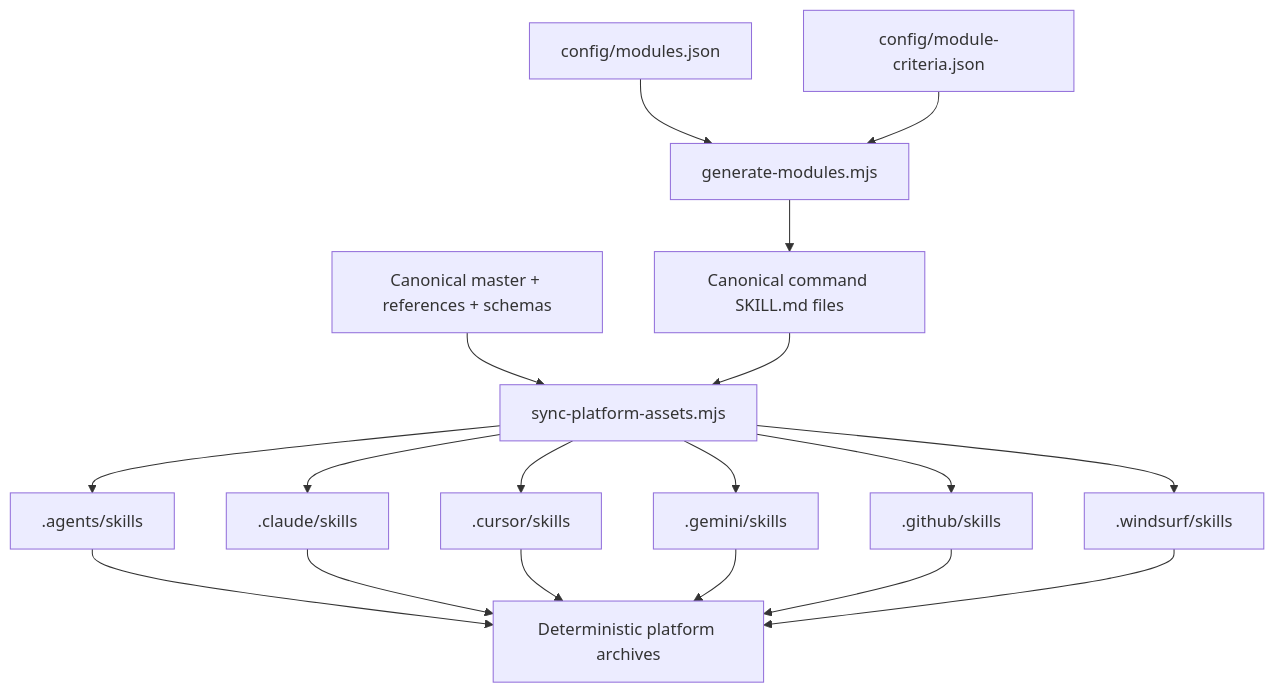
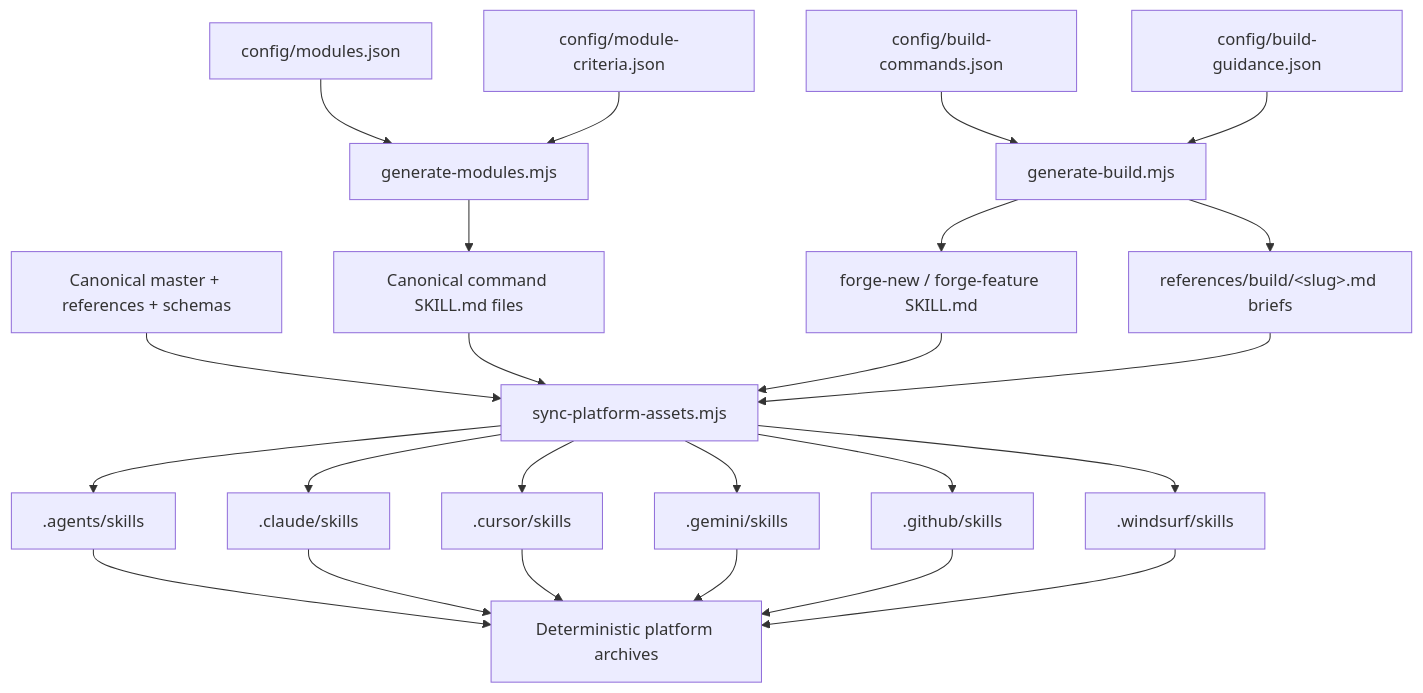
The first of 2 diagrams in docs/ARCHITECTURE.md (is-bo/fullstack-forge-skill), drawn with Mermaid before and after one commit. The commit also changed other lines of this file and 9 other files, not shown here.

````diff
--- a/docs/ARCHITECTURE.md
+++ b/docs/ARCHITECTURE.md
@@ -11,15 +14,21 @@
 ```mermaid
 flowchart TD
   C["config/modules.json"] --> G["generate-modules.mjs"]
   R["config/module-criteria.json"] --> G
   G --> K["Canonical command SKILL.md files"]
+  CB["config/build-commands.json"] --> GB["generate-build.mjs"]
+  BG["config/build-guidance.json"] --> GB
+  GB --> KB["forge-new / forge-feature SKILL.md"]
+  GB --> RB["references/build/&lt;slug&gt;.md briefs"]
   M["Canonical master + references + schemas"] --> S["sync-platform-assets.mjs"]
   K --> S
+  KB --> S
+  RB --> S
   S --> A[".agents/skills"]
   S --> CL[".claude/skills"]
   S --> CU[".cursor/skills"]
   S --> GE[".gemini/skills"]
   S --> GH[".github/skills"]
   S --> W[".windsurf/skills"]
   A & CL & CU & GE & GH & W --> P["Deterministic platform archives"]
 ```
````
